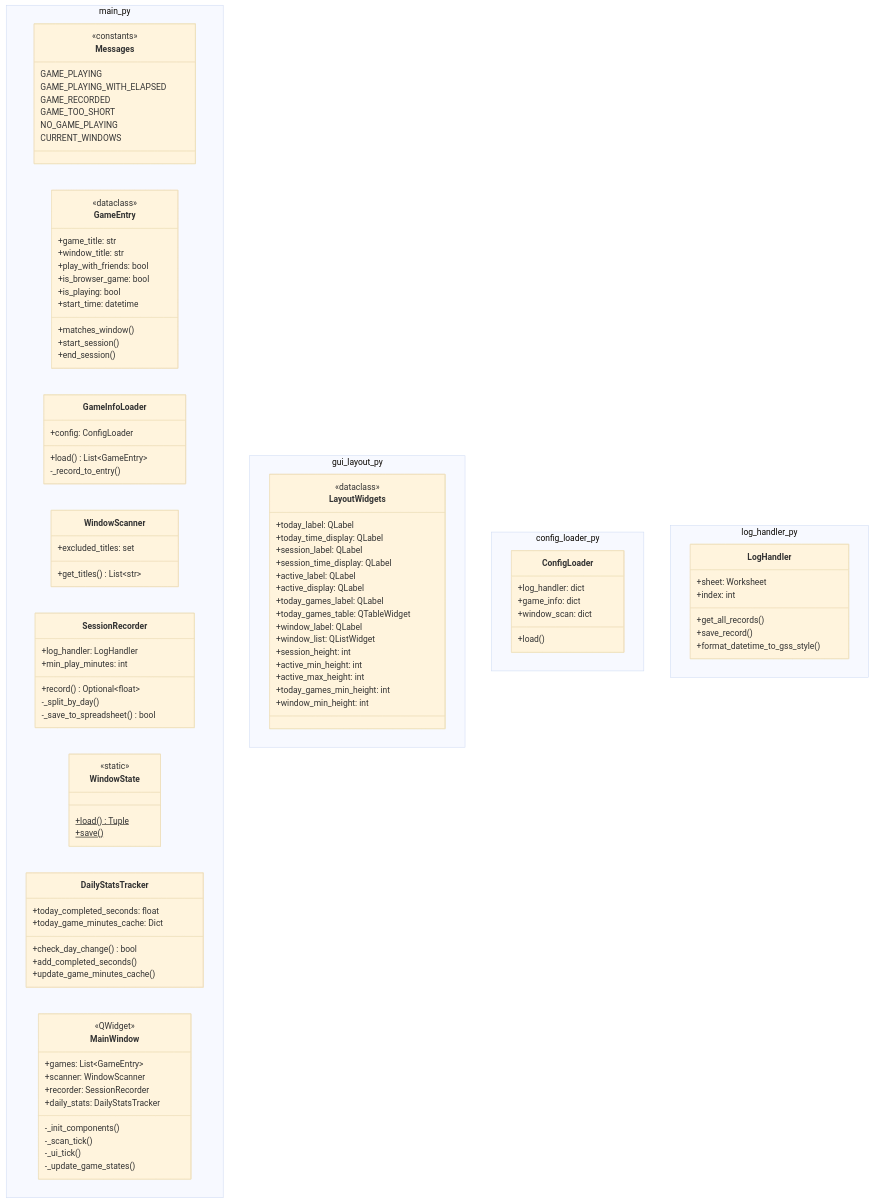
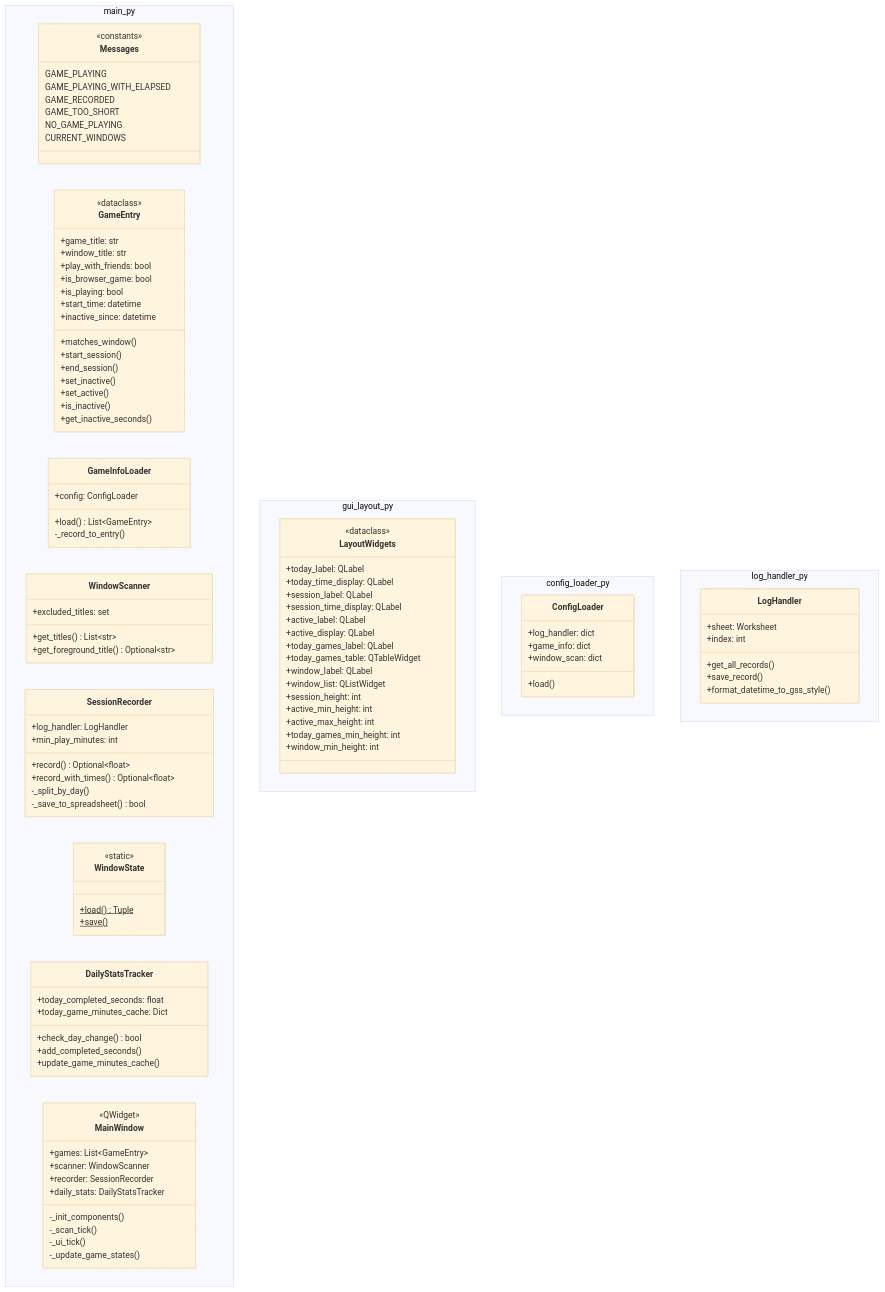
The first of 3 diagrams in SPEC.md (ynanigashi/game_time_tracker), drawn with Mermaid (base theme) before and after one commit. The commit also changed other lines of this file and 3 other files, not shown here.

```diff
--- a/SPEC.md
+++ b/SPEC.md
@@ -27,9 +27,14 @@
             +is_browser_game: bool
             +is_playing: bool
             +start_time: datetime
+            +inactive_since: datetime
             +matches_window()
             +start_session()
             +end_session()
+            +set_inactive()
+            +set_active()
+            +is_inactive()
+            +get_inactive_seconds()
         }
         class GameInfoLoader {
             +config: ConfigLoader
@@ -39,11 +44,13 @@
         class WindowScanner {
             +excluded_titles: set
             +get_titles() List~str~
+            +get_foreground_title() Optional~str~
         }
         class SessionRecorder {
             +log_handler: LogHandler
             +min_play_minutes: int
             +record() Optional~float~
+            +record_with_times() Optional~float~
             -_split_by_day()
             -_save_to_spreadsheet() bool
         }
```
